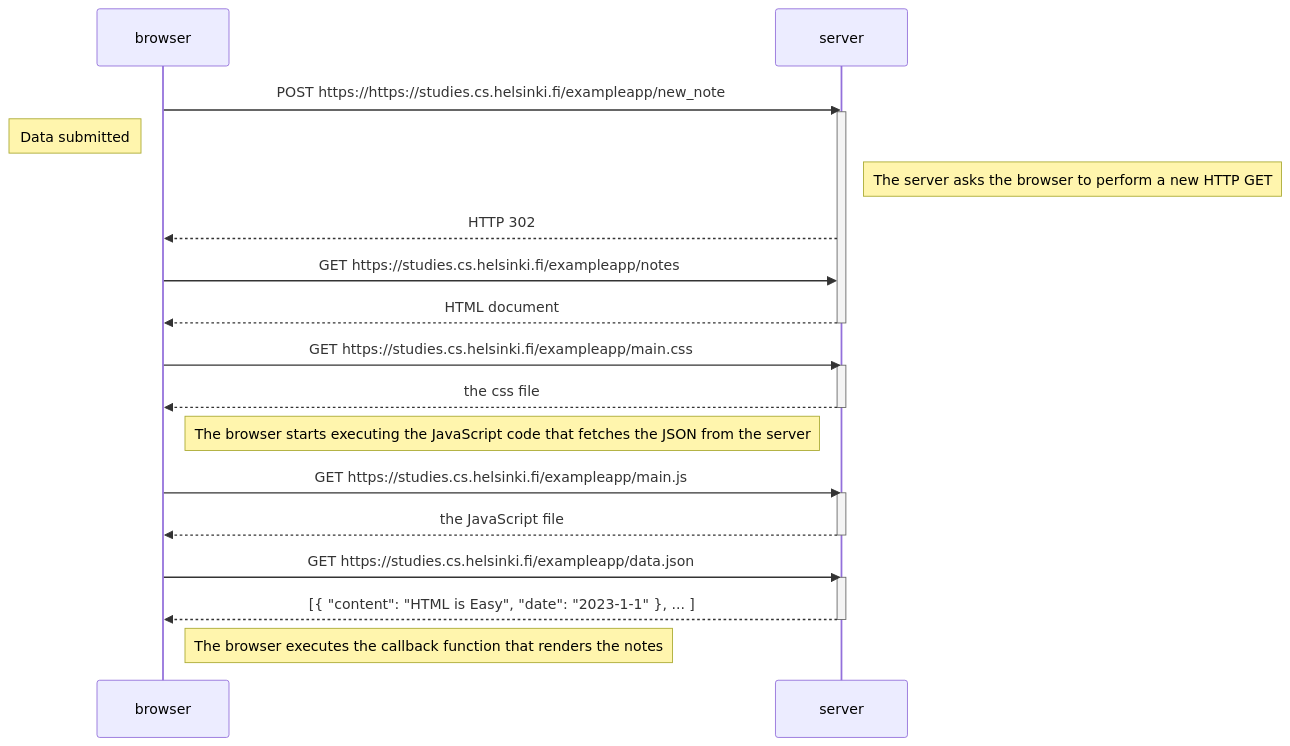
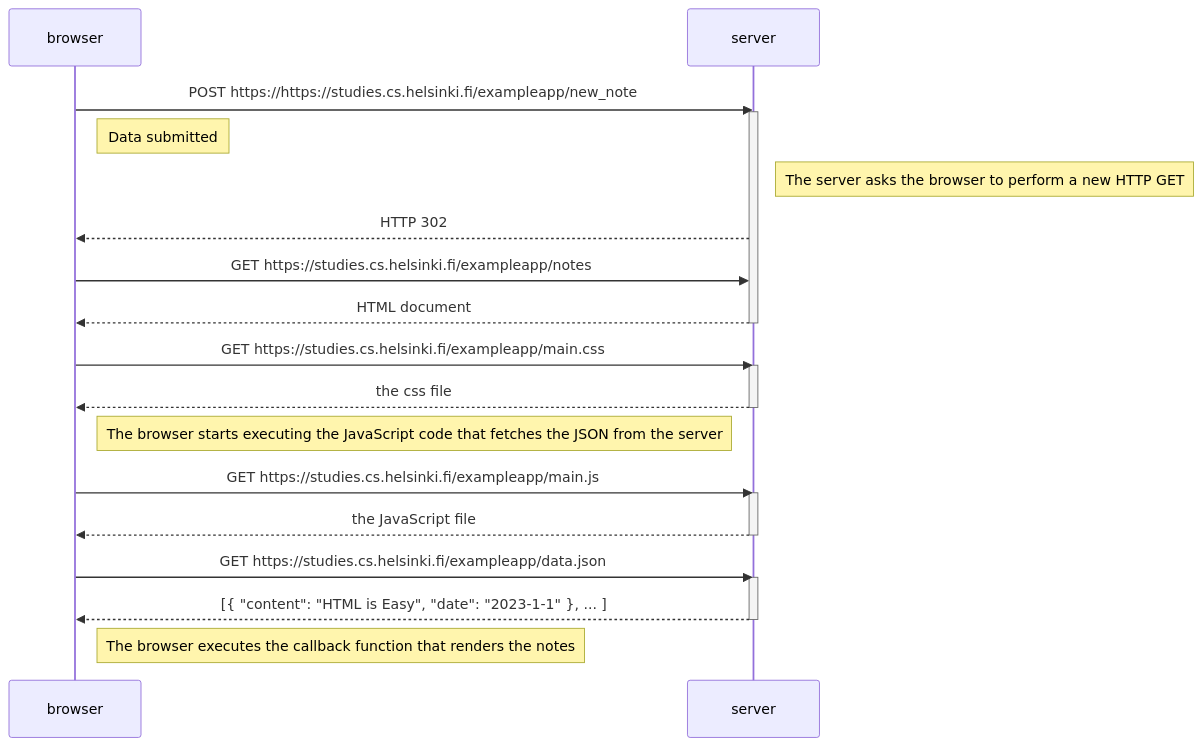
The diagram in part0/exercise-0.4.md (onivardi/fullstackopen), drawn with Mermaid before and after one commit.

````diff
--- a/part0/exercise-0.4.md
+++ b/part0/exercise-0.4.md
@@ -3,34 +3,34 @@
 ```mermaid
 sequenceDiagram
     participant browser
     participant server
 
     browser->>server: POST https://https://studies.cs.helsinki.fi/exampleapp/new_note
     activate server
-    Note left of browser: Data submitted
+    Note right of browser: Data submitted
     Note right of server: The server asks the browser to perform a new HTTP GET
     server-->>browser: HTTP 302
     browser->>server: GET https://studies.cs.helsinki.fi/exampleapp/notes
     server-->>browser: HTML document
     deactivate server
 
     browser->>server: GET https://studies.cs.helsinki.fi/exampleapp/main.css
     activate server
     server-->>browser: the css file
     deactivate server
 
     Note right of browser: The browser starts executing the JavaScript code that fetches the JSON from the server
 
     browser->>server: GET https://studies.cs.helsinki.fi/exampleapp/main.js
     activate server
     server-->>browser: the JavaScript file
     deactivate server
 
 
     browser->>server: GET https://studies.cs.helsinki.fi/exampleapp/data.json
     activate server
     server-->>browser: [{ "content": "HTML is Easy", "date": "2023-1-1" }, ... ]
     deactivate server
 
     Note right of browser: The browser executes the callback function that renders the notes
 ```
````
